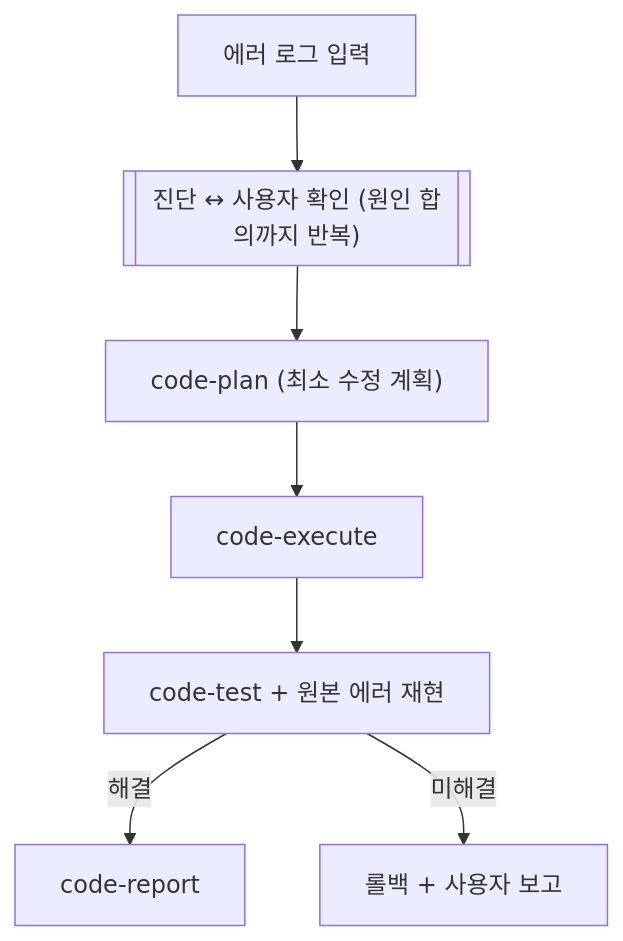
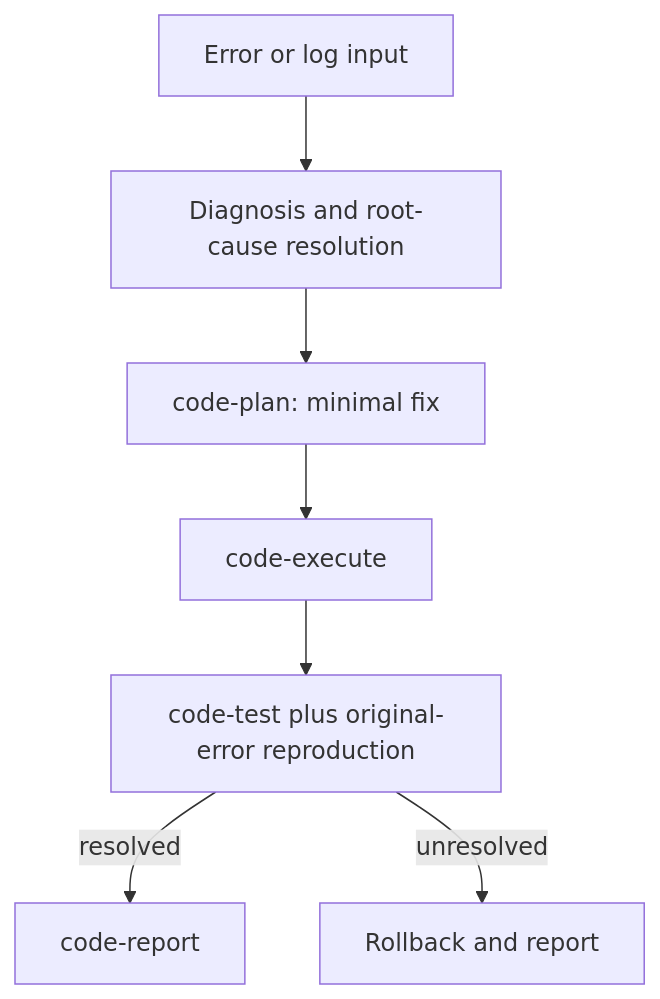
The second of 2 diagrams in adapters/claude/skills/autopilot-code/README.md (dmlguq456/agent_setting), drawn with Mermaid before and after one commit. The commit also changed other lines of this file and 457 other files, not shown here.

````diff
--- a/adapters/claude/skills/autopilot-code/README.md
+++ b/adapters/claude/skills/autopilot-code/README.md
@@ -31,9 +35,9 @@
 ```mermaid
 flowchart TD
-    A["에러 로그 입력"] --> B[["진단 ↔ 사용자 확인 (원인 합의까지 반복)"]]
-    B --> C["code-plan (최소 수정 계획)"]
+    A["Error or log input"] --> B["Diagnosis and root-cause resolution"]
+    B --> C["code-plan: minimal fix"]
     C --> D["code-execute"]
-    D --> E["code-test + 원본 에러 재현"]
-    E -->|해결| F["code-report"]
-    E -->|미해결| G["롤백 + 사용자 보고"]
+    D --> E["code-test plus original-error reproduction"]
+    E -->|resolved| F["code-report"]
+    E -->|unresolved| G["Rollback and report"]
 ```
````
